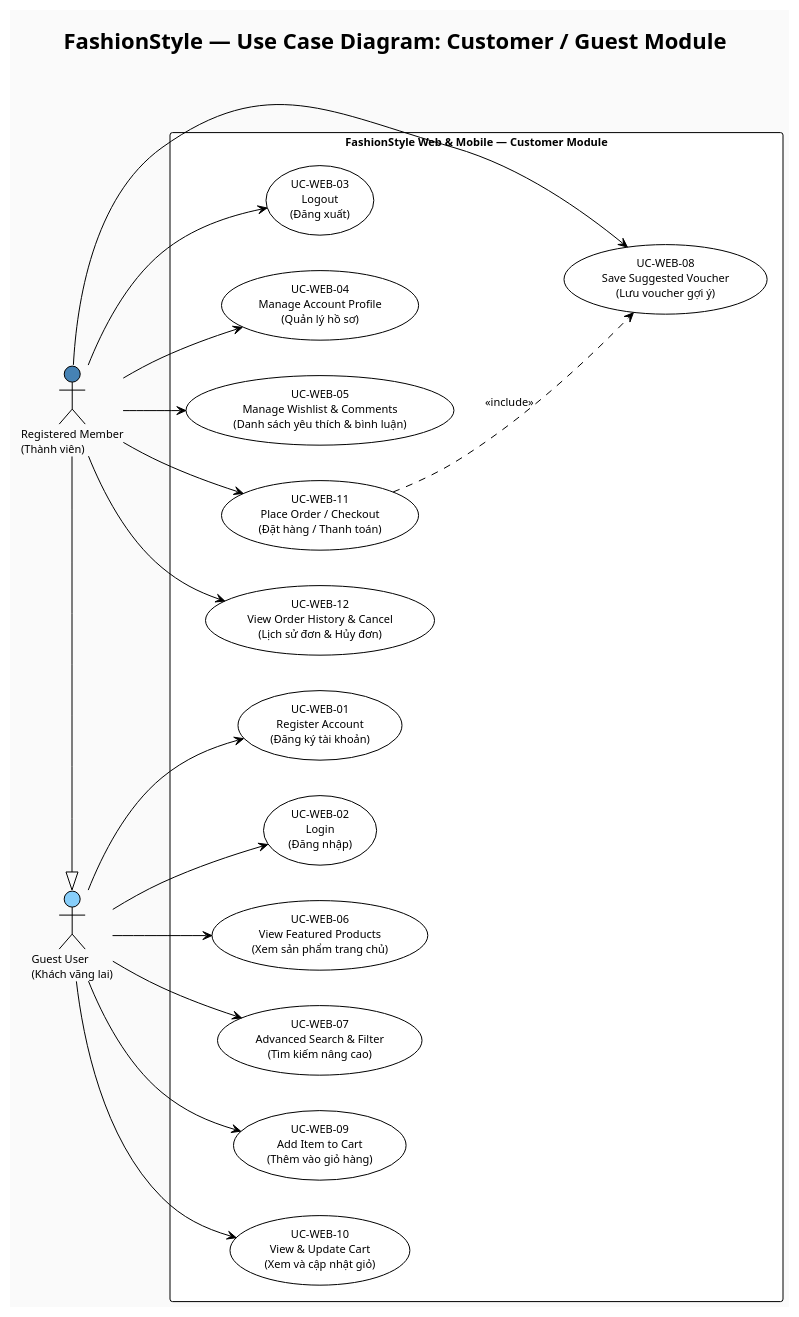
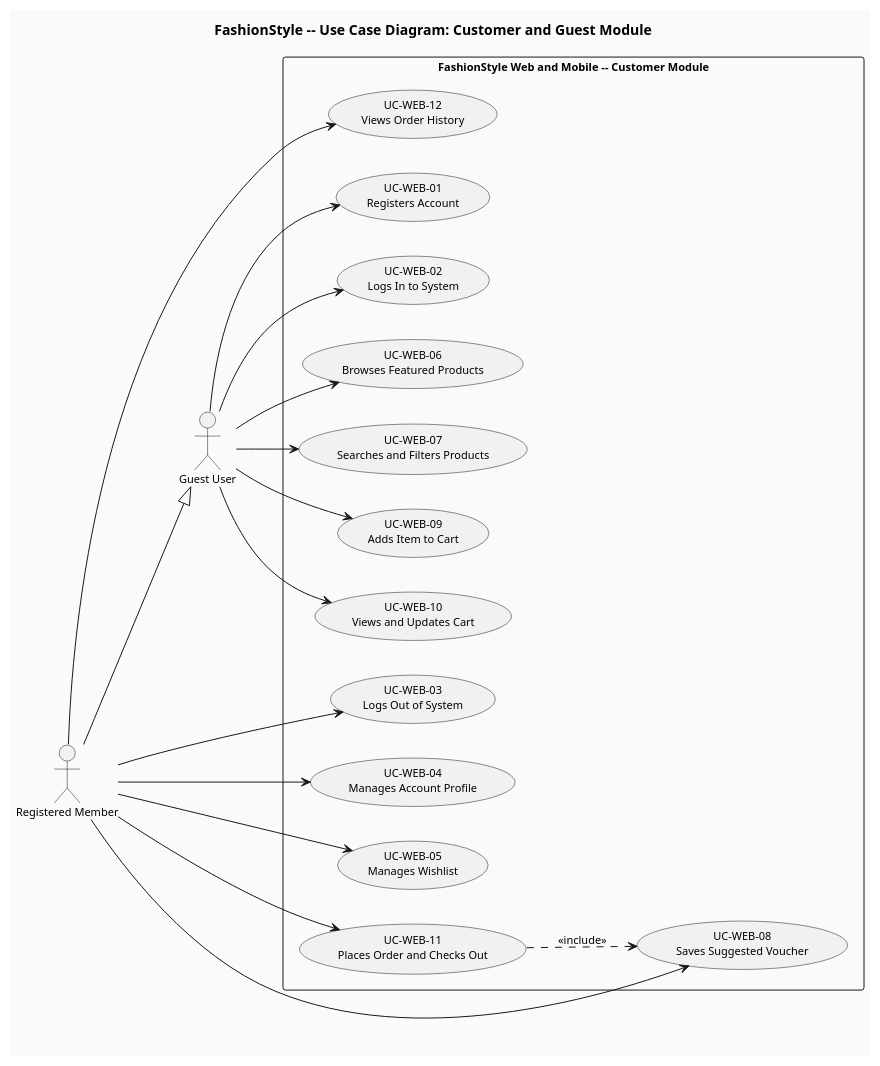
One commit to TungVuk4/Final-Project changed the second of 9 diagrams in PlantUML_Diagrams.md. Above: the diagram before and after it, drawn with PlantUML. The commit also changed other lines of this file and 2 other files, not shown here.

````diff
--- a/PlantUML_Diagrams.md
+++ b/PlantUML_Diagrams.md
@@ -62,44 +63,45 @@
 ```plantuml
-@startuml FashionStyle_UseCase_Customer
-!theme plain
+@startuml
+left to right direction
 skinparam backgroundColor #FAFAFA
-left to right direction
 skinparam defaultFontSize 11
-skinparam packageStyle rectangle
 
-title FashionStyle — Use Case Diagram: Customer / Guest Module
+title FashionStyle -- Use Case Diagram: Customer and Guest Module
 
-actor "Guest User\n(Khách vãng lai)" as Guest #LightSkyBlue
-actor "Registered Member\n(Thành viên)" as Member #SteelBlue
-Member -|> Guest
+actor "Guest User" as Guest
+actor "Registered Member" as Member
+Member --|> Guest
 
-rectangle "FashionStyle Web & Mobile — Customer Module" {
-  usecase "UC-WEB-01\nRegister Account\n(Đăng ký tài khoản)" as UC1
-  usecase "UC-WEB-02\nLogin\n(Đăng nhập)" as UC2
-  usecase "UC-WEB-03\nLogout\n(Đăng xuất)" as UC3
-  usecase "UC-WEB-04\nManage Account Profile\n(Quản lý hồ sơ)" as UC4
-  usecase "UC-WEB-05\nManage Wishlist & Comments\n(Danh sách yêu thích & bình luận)" as UC5
-  usecase "UC-WEB-06\nView Featured Products\n(Xem sản phẩm trang chủ)" as UC6
-  usecase "UC-WEB-07\nAdvanced Search & Filter\n(Tìm kiếm nâng cao)" as UC7
-  usecase "UC-WEB-08\nSave Suggested Voucher\n(Lưu voucher gợi ý)" as UC8
-  usecase "UC-WEB-09\nAdd Item to Cart\n(Thêm vào giỏ hàng)" as UC9
-  usecase "UC-WEB-10\nView & Update Cart\n(Xem và cập nhật giỏ)" as UC10
-  usecase "UC-WEB-11\nPlace Order / Checkout\n(Đặt hàng / Thanh toán)" as UC11
-  usecase "UC-WEB-12\nView Order History & Cancel\n(Lịch sử đơn & Hủy đơn)" as UC12
+rectangle "FashionStyle Web and Mobile -- Customer Module" {
+  usecase "UC-WEB-01\nRegisters Account" as UC1
+  usecase "UC-WEB-02\nLogs In to System" as UC2
+  usecase "UC-WEB-03\nLogs Out of System" as UC3
+  usecase "UC-WEB-04\nManages Account Profile" as UC4
+  usecase "UC-WEB-05\nManages Wishlist" as UC5
+  usecase "UC-WEB-06\nBrowses Featured Products" as UC6
+  usecase "UC-WEB-07\nSearches and Filters Products" as UC7
+  usecase "UC-WEB-08\nSaves Suggested Voucher" as UC8
+  usecase "UC-WEB-09\nAdds Item to Cart" as UC9
+  usecase "UC-WEB-10\nViews and Updates Cart" as UC10
+  usecase "UC-WEB-11\nPlaces Order and Checks Out" as UC11
+  usecase "UC-WEB-12\nViews Order History" as UC12
 }
 
 Guest --> UC1
 Guest --> UC2
 Guest --> UC6
 Guest --> UC7
 Guest --> UC9
 Guest --> UC10
+
 Member --> UC3
 Member --> UC4
 Member --> UC5
 Member --> UC8
 Member --> UC11
 Member --> UC12
+
 UC11 ..> UC8 : <<include>>
+
 @enduml
 ```
````
